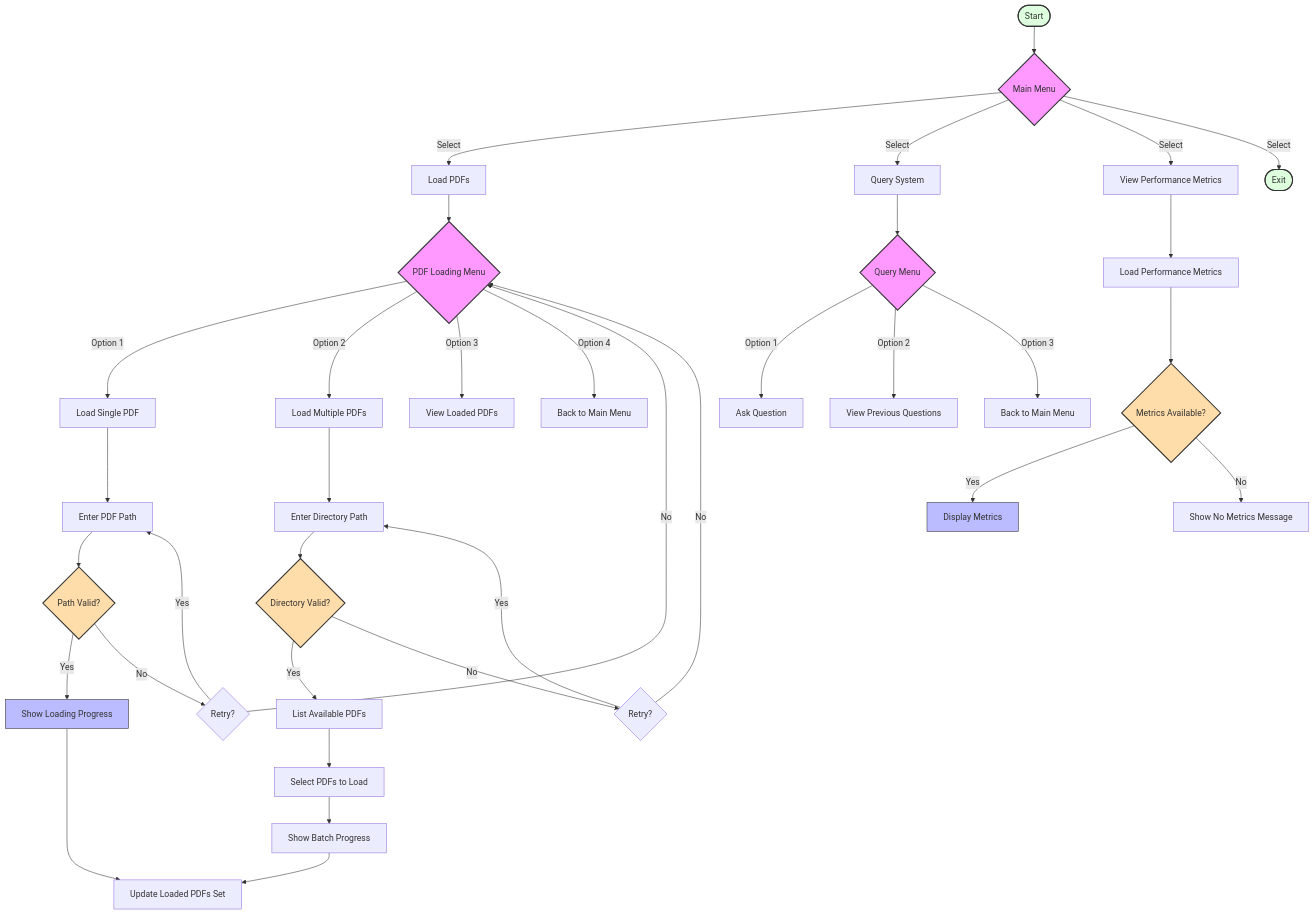
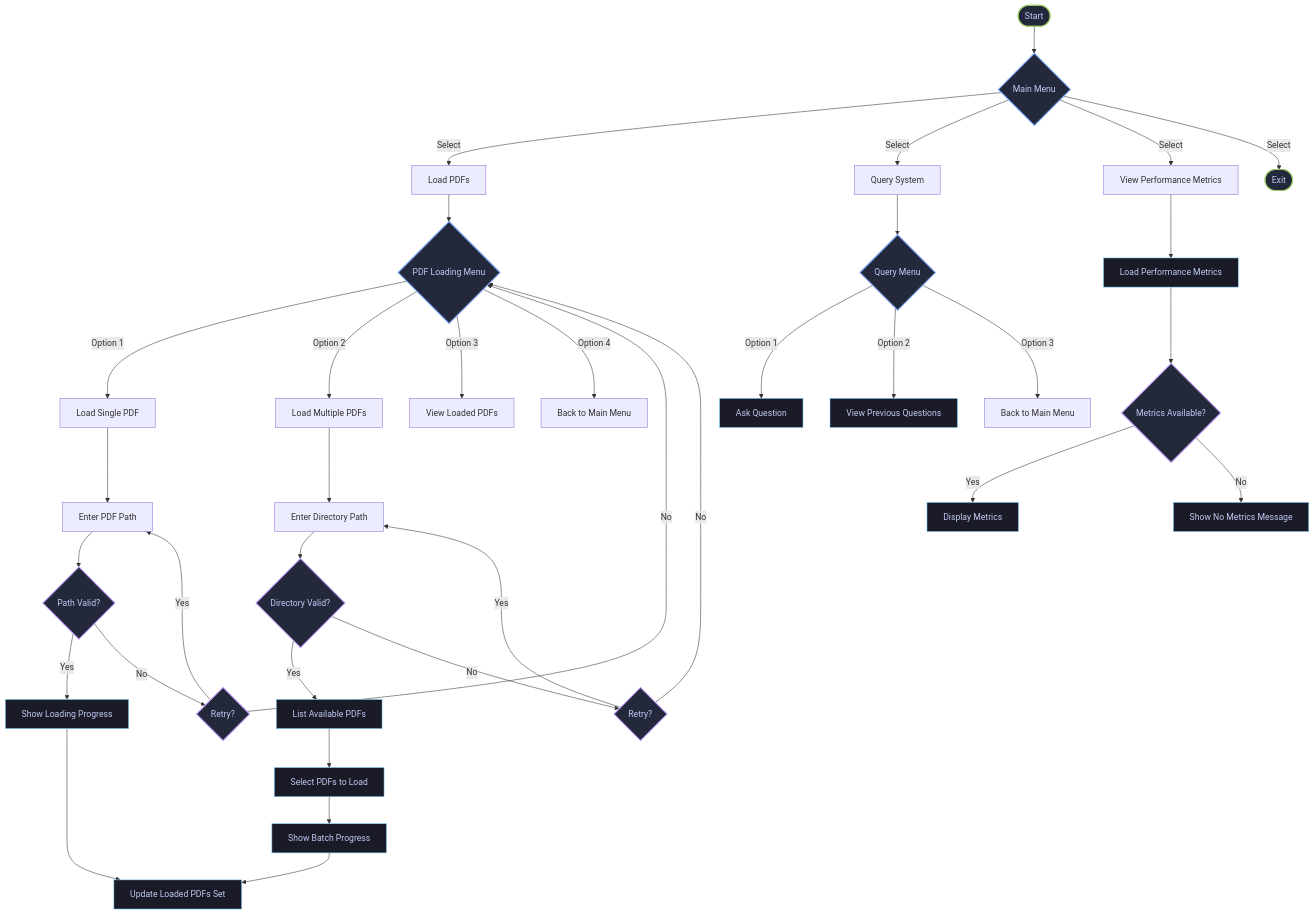
One commit to flight505/Agentic_RAG changed the second of 2 diagrams in README.md. Above: the diagram before and after it, drawn with Mermaid. The commit also changed other lines of this file, not shown here.

Commit message:
Update README.md with Tokyo Night Storm theme styling for flowcharts

````diff
--- a/README.md
+++ b/README.md
@@ -141,58 +141,59 @@
 ```mermaid
 flowchart TD
     %% Main Menu
     Start([Start]) --> MainMenu{Main Menu}
     MainMenu --> |Select| LoadPDFs[Load PDFs]
     MainMenu --> |Select| QuerySystem[Query System]
     MainMenu --> |Select| ViewMetrics[View Performance Metrics]
     MainMenu --> |Select| Exit([Exit])
 
     %% PDF Loading Menu
     LoadPDFs --> PDFMenu{PDF Loading Menu}
     PDFMenu --> |Option 1| SinglePDF[Load Single PDF]
     PDFMenu --> |Option 2| MultiplePDFs[Load Multiple PDFs]
     PDFMenu --> |Option 3| ViewLoaded[View Loaded PDFs]
     PDFMenu --> |Option 4| BackToMain1[Back to Main Menu]
 
     %% Single PDF Flow
     SinglePDF --> InputPath[Enter PDF Path]
     InputPath --> ValidatePath{Path Valid?}
     ValidatePath --> |Yes| LoadProgress[Show Loading Progress]
     ValidatePath --> |No| RetryPrompt{Retry?}
     RetryPrompt --> |Yes| InputPath
     RetryPrompt --> |No| PDFMenu
     LoadProgress --> UpdateLoadedPDFs[Update Loaded PDFs Set]
 
     %% Multiple PDF Flow
     MultiplePDFs --> InputDir[Enter Directory Path]
     InputDir --> ValidateDir{Directory Valid?}
     ValidateDir --> |Yes| ListPDFs[List Available PDFs]
     ValidateDir --> |No| RetryDir{Retry?}
     RetryDir --> |Yes| InputDir
     RetryDir --> |No| PDFMenu
     ListPDFs --> SelectPDFs[Select PDFs to Load]
     SelectPDFs --> BatchProgress[Show Batch Progress]
     BatchProgress --> UpdateLoadedPDFs
 
     %% Query Menu
     QuerySystem --> QueryMenu{Query Menu}
     QueryMenu --> |Option 1| AskQuestion[Ask Question]
     QueryMenu --> |Option 2| ViewPrevious[View Previous Questions]
     QueryMenu --> |Option 3| BackToMain2[Back to Main Menu]
 
     %% Performance Metrics
     ViewMetrics --> LoadMetrics[Load Performance Metrics]
     LoadMetrics --> MetricsExist{Metrics Available?}
     MetricsExist --> |Yes| ShowMetrics[Display Metrics]
     MetricsExist --> |No| NoMetrics[Show No Metrics Message]
 
-    classDef menu fill:#f9f,stroke:#333,stroke-width:2px
-    classDef process fill:#bbf,stroke:#333,stroke-width:1px
-    classDef decision fill:#fda,stroke:#333,stroke-width:2px
-    classDef terminator fill:#dfd,stroke:#333,stroke-width:2px
+    %% Tokyo Night Storm Theme Styling
+    classDef menu fill:#24283b,stroke:#7aa2f7,stroke-width:2px,color:#c0caf5
+    classDef process fill:#1a1b26,stroke:#7dcfff,stroke-width:1px,color:#c0caf5
+    classDef decision fill:#24283b,stroke:#bb9af7,stroke-width:2px,color:#c0caf5
+    classDef terminator fill:#24283b,stroke:#9ece6a,stroke-width:2px,color:#c0caf5
     
     class MainMenu,PDFMenu,QueryMenu menu
-    class LoadProgress,ProcessQuestion,ShowMetrics process
-    class ValidatePath,ValidateDir,MetricsExist decision
+    class LoadProgress,ProcessQuestion,ShowMetrics,UpdateLoadedPDFs,ListPDFs,SelectPDFs,BatchProgress,AskQuestion,ViewPrevious,LoadMetrics,ShowMetrics,NoMetrics process
+    class ValidatePath,ValidateDir,MetricsExist,RetryPrompt,RetryDir decision
     class Start,Exit terminator
 ```
````
